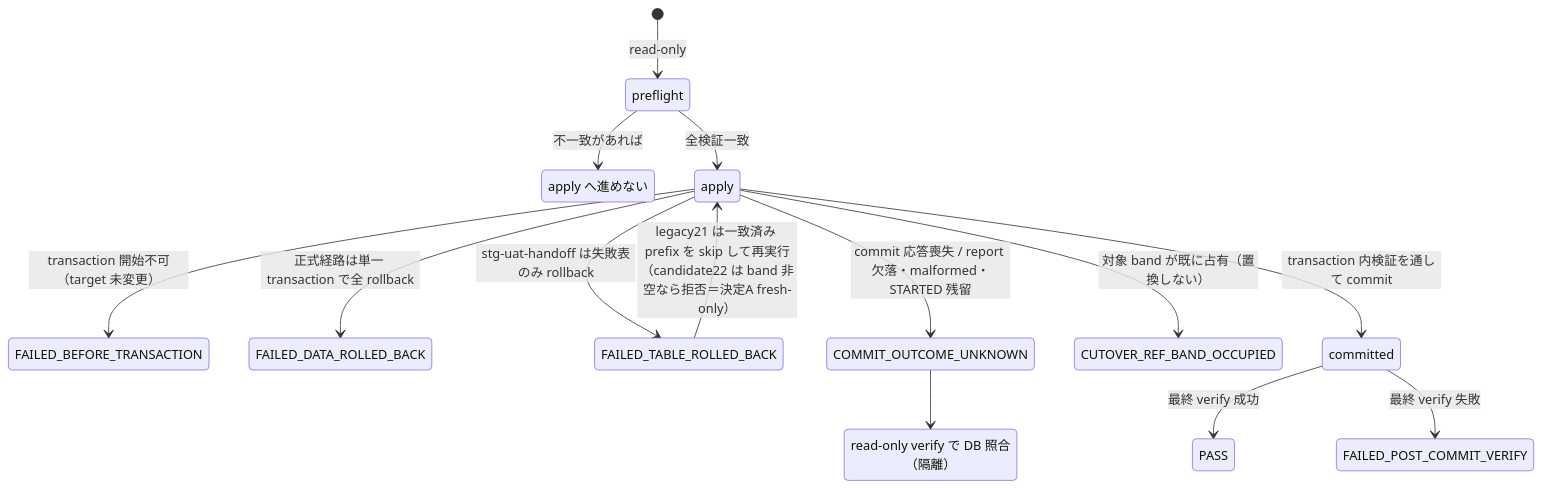
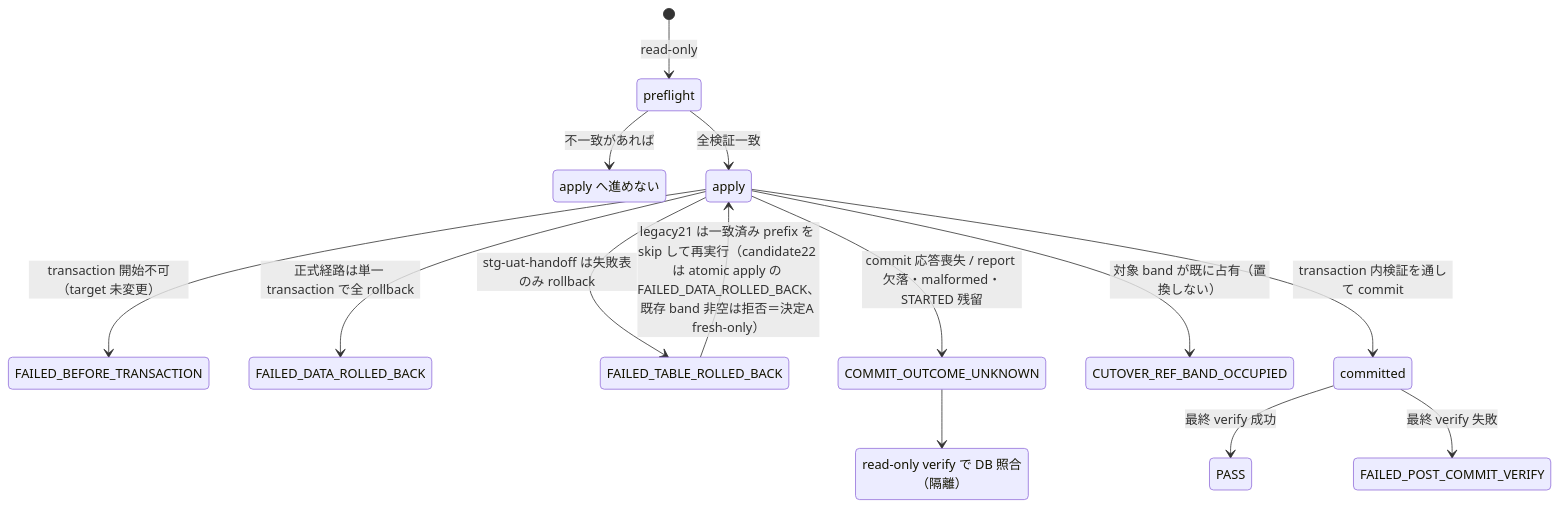
The diagram in docs/ops/deploy/seeds/CLINIC_CSV_IMPORT.md (MinoruSoga/AnimalEkarte), drawn with Mermaid before and after one commit. The commit also changed other lines of this file and 13 other files, not shown here.

First line of the commit message:
fix: apply candidate imports atomically

````diff
--- a/docs/ops/deploy/seeds/CLINIC_CSV_IMPORT.md
+++ b/docs/ops/deploy/seeds/CLINIC_CSV_IMPORT.md
@@ -205,18 +205,18 @@
 ```mermaid
 stateDiagram-v2
   [*] --> preflight: read-only
   state "apply へ進めない" as blocked
   state "read-only verify で DB 照合（隔離）" as verify
   preflight --> blocked: 不一致があれば
   preflight --> apply: 全検証一致
   apply --> FAILED_BEFORE_TRANSACTION: transaction 開始不可（target 未変更）
   apply --> FAILED_DATA_ROLLED_BACK: 正式経路は単一 transaction で全 rollback
   apply --> FAILED_TABLE_ROLLED_BACK: stg-uat-handoff は失敗表のみ rollback
   apply --> COMMIT_OUTCOME_UNKNOWN: commit 応答喪失 / report 欠落・malformed・STARTED 残留
   apply --> CUTOVER_REF_BAND_OCCUPIED: 対象 band が既に占有（置換しない）
   apply --> committed: transaction 内検証を通して commit
   committed --> PASS: 最終 verify 成功
   committed --> FAILED_POST_COMMIT_VERIFY: 最終 verify 失敗
   COMMIT_OUTCOME_UNKNOWN --> verify
-  FAILED_TABLE_ROLLED_BACK --> apply: legacy21 は一致済み prefix を skip して再実行（candidate22 は band 非空なら拒否＝決定A fresh-only）
+  FAILED_TABLE_ROLLED_BACK --> apply: legacy21 は一致済み prefix を skip して再実行（candidate22 は atomic apply の FAILED_DATA_ROLLED_BACK、既存 band 非空は拒否＝決定A fresh-only）
 ```
````
